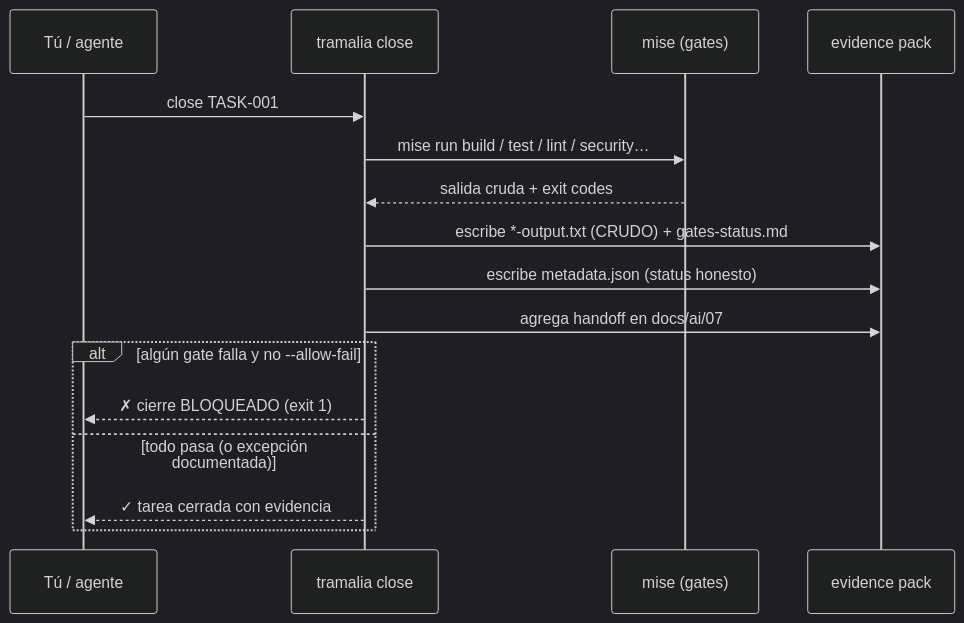
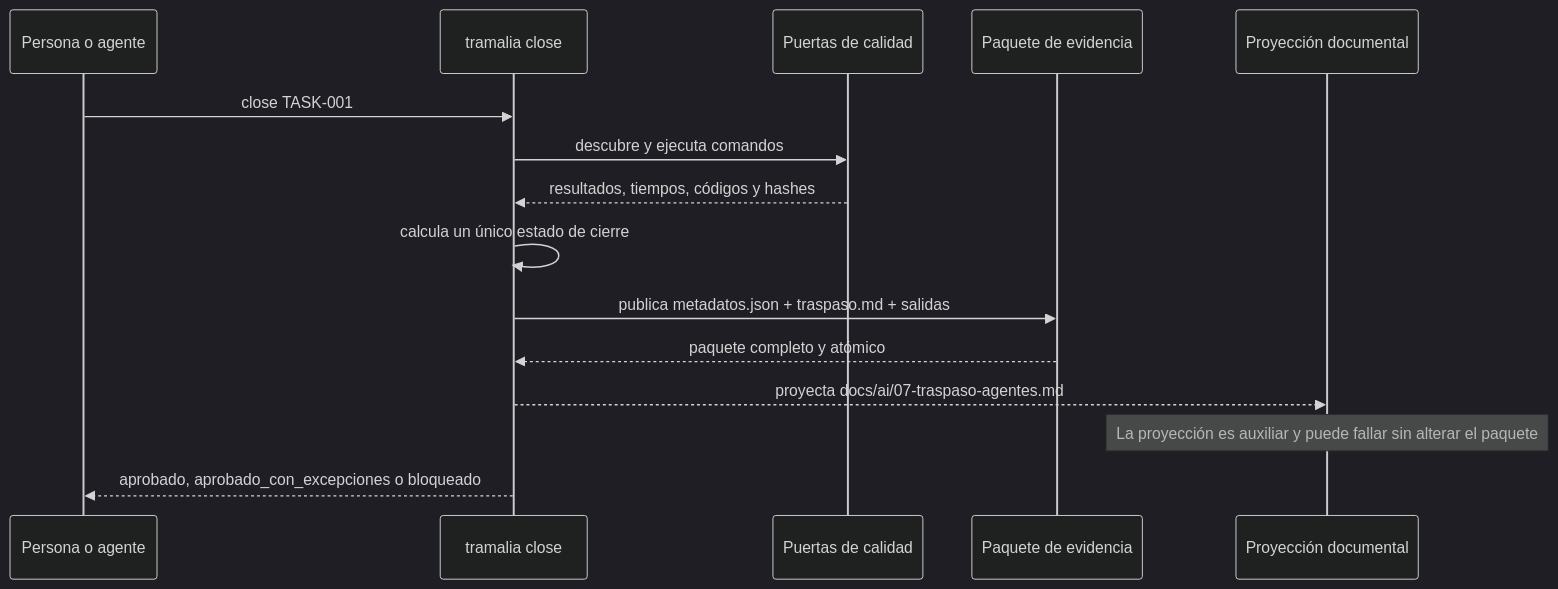
Before and after one commit to MscottB/tramalia: the second of 2 diagrams in docs/flujo-completo.md, drawn with Mermaid (dark theme). The commit also changed other lines of this file and 14 other files, not shown here.

````diff
--- a/docs/flujo-completo.md
+++ b/docs/flujo-completo.md
@@ -24,18 +52,17 @@
 ```mermaid
 sequenceDiagram
-    participant U as Tú / agente
+    participant U as Persona o agente
     participant T as tramalia close
-    participant M as mise (gates)
-    participant E as evidence pack
+    participant P as Puertas de calidad
+    participant E as Paquete de evidencia
+    participant D as Proyección documental
     U->>T: close TASK-001
-    T->>M: mise run build / test / lint / security…
-    M-->>T: salida cruda + exit codes
-    T->>E: escribe *-output.txt (CRUDO) + gates-status.md
-    T->>E: escribe metadata.json (status honesto)
-    T->>E: agrega handoff en docs/ai/07
-    alt algún gate falla y no --allow-fail
-        T-->>U: ✗ cierre BLOQUEADO (exit 1)
-    else todo pasa (o excepción documentada)
-        T-->>U: ✓ tarea cerrada con evidencia
-    end
+    T->>P: descubre y ejecuta comandos
+    P-->>T: resultados, tiempos, códigos y hashes
+    T->>T: calcula un único estado de cierre
+    T->>E: publica metadatos.json + traspaso.md + salidas
+    E-->>T: paquete completo y atómico
+    T-->>D: proyecta docs/ai/07-traspaso-agentes.md
+    Note over D: La proyección es auxiliar y puede fallar sin alterar el paquete
+    T-->>U: aprobado, aprobado_con_excepciones o bloqueado
 ```
````
